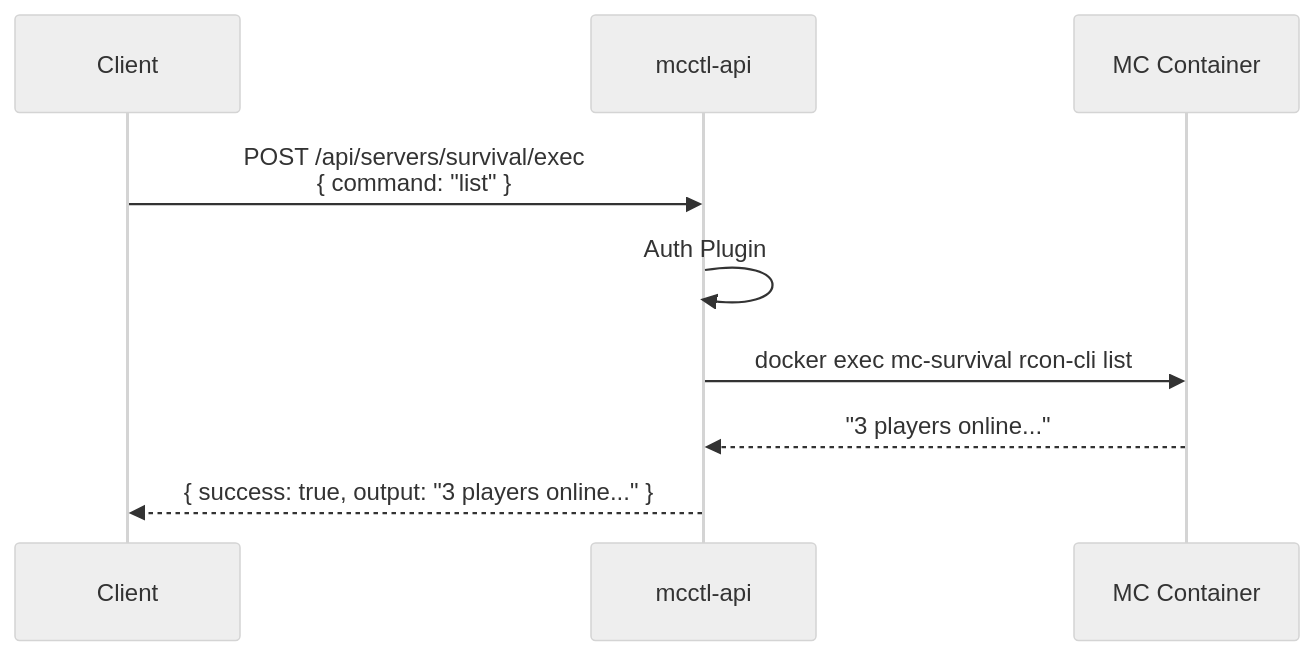
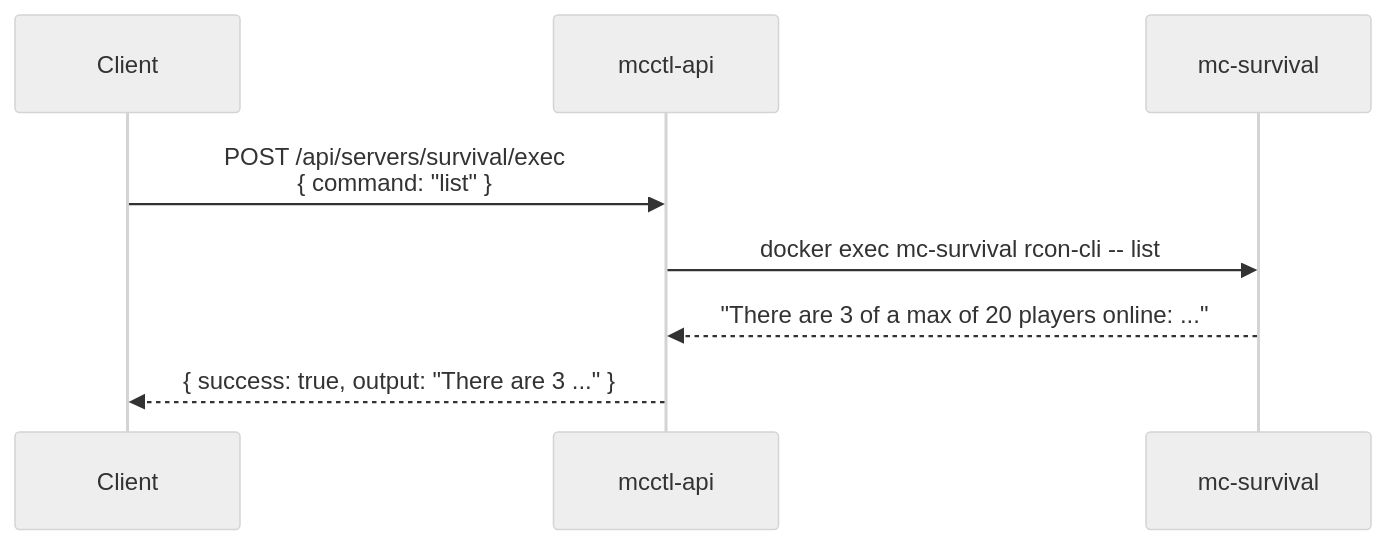
The third of 5 diagrams in docs/api/index.md (smallmiro/minecraft-server-manager), drawn with Mermaid (neutral theme) before and after one commit. The commit also changed other lines of this file and 9 other files, not shown here.

````diff
--- a/docs/api/index.md
+++ b/docs/api/index.md
@@ -110,12 +61,11 @@
 ```mermaid
 sequenceDiagram
     participant C as Client
     participant A as mcctl-api
-    participant MC as MC Container
+    participant MC as mc-survival
 
     C->>A: POST /api/servers/survival/exec<br/>{ command: "list" }
-    A->>A: Auth Plugin
-    A->>MC: docker exec mc-survival rcon-cli list
-    MC-->>A: "3 players online..."
-    A-->>C: { success: true, output: "3 players online..." }
+    A->>MC: docker exec mc-survival rcon-cli -- list
+    MC-->>A: "There are 3 of a max of 20 players online: ..."
+    A-->>C: { success: true, output: "There are 3 ..." }
 ```
````
